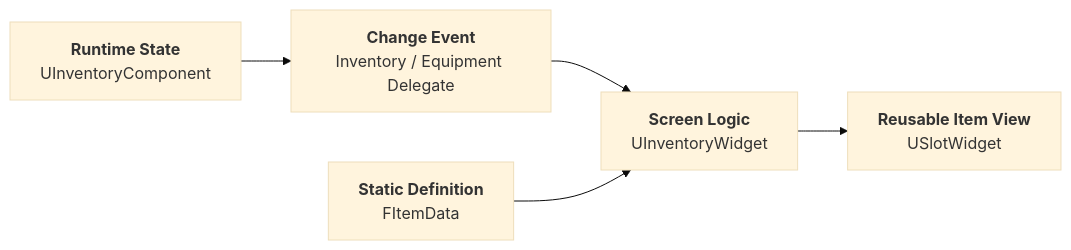
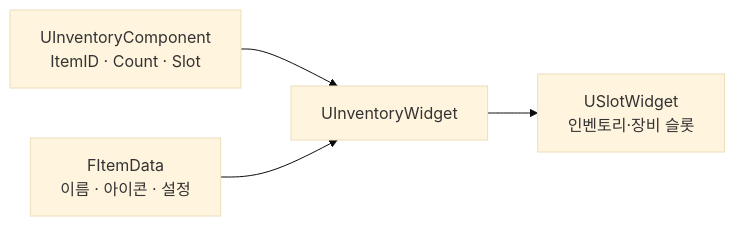
The second of 4 diagrams in Doc/Wiki/11_Client_State_Presentation_Pipeline.md (chungheonLee0325/Sonheim), drawn with Mermaid (base theme) before and after one commit. The commit also changed other lines of this file, not shown here.

Commit message:
docs: align UI architecture with state flows, screen stack and dungeon presenter

```diff
--- a/Doc/Wiki/11_Client_State_Presentation_Pipeline.md
+++ b/Doc/Wiki/11_Client_State_Presentation_Pipeline.md
@@ -130,12 +94,6 @@
 ~~~mermaid
 flowchart LR
-    INV["<b>Runtime State</b><br/>UInventoryComponent"]
-    EVENT["<b>Change Event</b><br/>Inventory / Equipment Delegate"]
-    DATA["<b>Static Definition</b><br/>FItemData"]
-    WIDGET["<b>Screen Logic</b><br/>UInventoryWidget"]
-    SLOT["<b>Reusable Item View</b><br/>USlotWidget"]
-
-    INV --> EVENT --> WIDGET
-    DATA --> WIDGET
-    WIDGET --> SLOT
+    INV["UInventoryComponent<br/>ItemID · Count · Slot"] --> UI["UInventoryWidget"]
+    DATA["FItemData<br/>이름 · 아이콘 · 설정"] --> UI
+    UI --> SLOT["USlotWidget<br/>인벤토리·장비 슬롯"]
 ~~~
```
